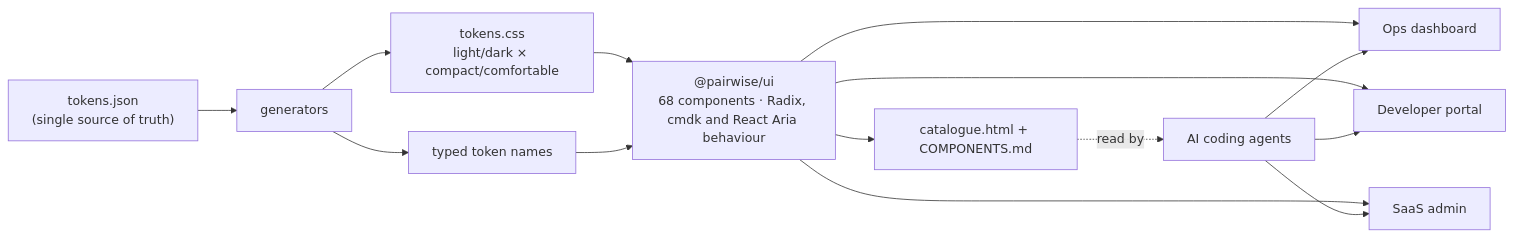
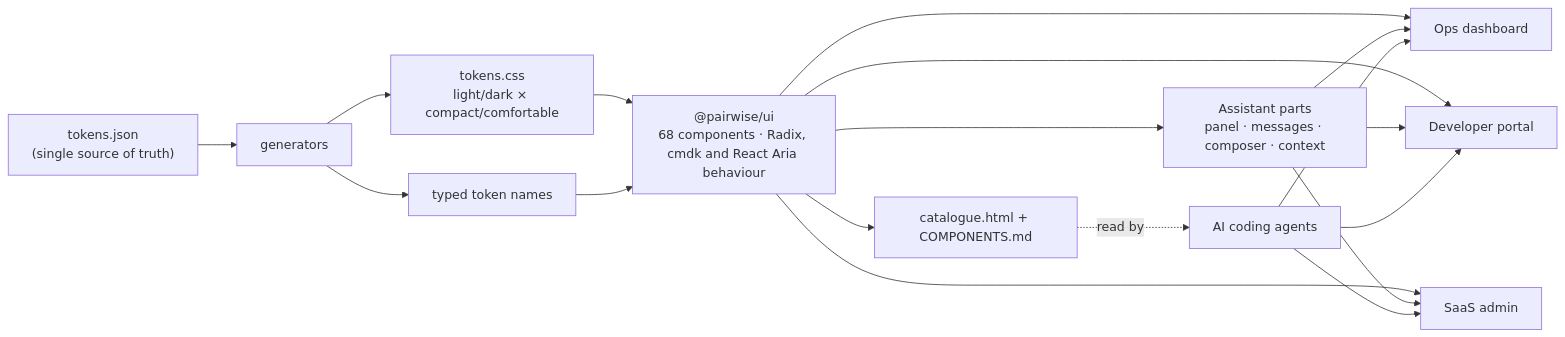
One commit to mithunmanohar/pairwise-saas-design-system changed the diagram in README.md. Above: the diagram before and after it, drawn with Mermaid. The commit also changed other lines of this file and 1 other file, not shown here.

First line of the commit message:
README and site: the assistant as a product case study

````diff
--- a/README.md
+++ b/README.md
@@ -217,14 +274,16 @@
 ```mermaid
 flowchart LR
   T["tokens.json<br/>(single source of truth)"] --> G["generators"]
   G --> CSS["tokens.css<br/>light/dark × compact/comfortable"]
   G --> TS["typed token names"]
   CSS --> P["@pairwise/ui<br/>68 components · Radix, cmdk and React Aria behaviour"]
   TS --> P
   P --> D["catalogue.html + COMPONENTS.md"]
   P --> A1["Ops dashboard"]
   P --> A2["Developer portal"]
   P --> A3["SaaS admin"]
+  P --> AS["Assistant parts<br/>panel · messages · composer · context"]
+  AS --> A1 & A2 & A3
   D -. read by .-> AI["AI coding agents"]
   AI --> A1 & A2 & A3
 ```
````
